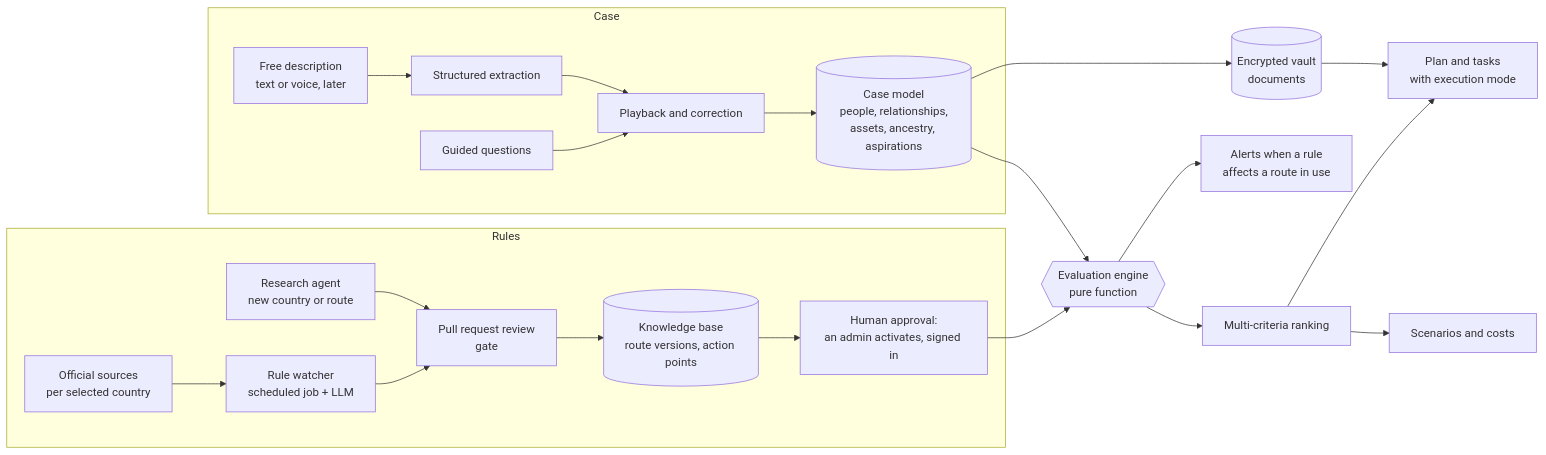
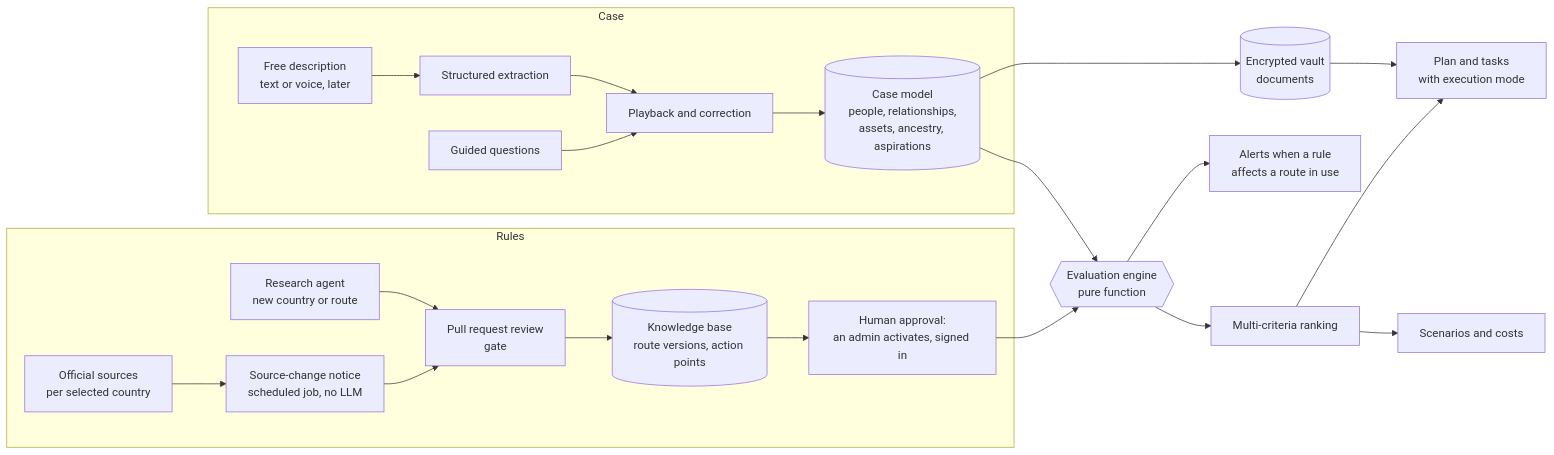
Before and after one commit to fernandolisboa/arca: the diagram in docs/ARCHITECTURE.md, drawn with Mermaid. The commit also changed other lines of this file and 19 other files, not shown here.

````diff
--- a/docs/ARCHITECTURE.md
+++ b/docs/ARCHITECTURE.md
@@ -9,24 +9,24 @@
 ```mermaid
 flowchart LR
   subgraph Rules
-    SRC[Official sources<br/>per selected country] --> WATCH[Rule watcher<br/>scheduled job + LLM]
+    SRC[Official sources<br/>per selected country] --> WATCH[Source-change notice<br/>scheduled job, no LLM]
     WATCH --> REVIEW[Pull request review<br/>gate]
     RESEARCH[Research agent<br/>new country or route] --> REVIEW
     REVIEW --> KB[(Knowledge base<br/>route versions, action points)]
     KB --> ACTIVATE[Human approval:<br/>an admin activates, signed in]
   end
   subgraph Case
     QUESTIONS[Guided questions] --> CONFIRM[Playback and correction]
     INTAKE[Free description<br/>text or voice, later] --> EXTRACT[Structured extraction]
     EXTRACT --> CONFIRM
     CONFIRM --> CASE[(Case model<br/>people, relationships,<br/>assets, ancestry, aspirations)]
   end
   ACTIVATE --> ENGINE{{Evaluation engine<br/>pure function}}
   CASE --> ENGINE
   ENGINE --> RANK[Multi-criteria ranking]
   RANK --> PLAN[Plan and tasks<br/>with execution mode]
   RANK --> SCEN[Scenarios and costs]
   ENGINE --> ALERTS[Alerts when a rule<br/>affects a route in use]
   CASE --> VAULT[(Encrypted vault<br/>documents)]
   VAULT --> PLAN
 ```
````
